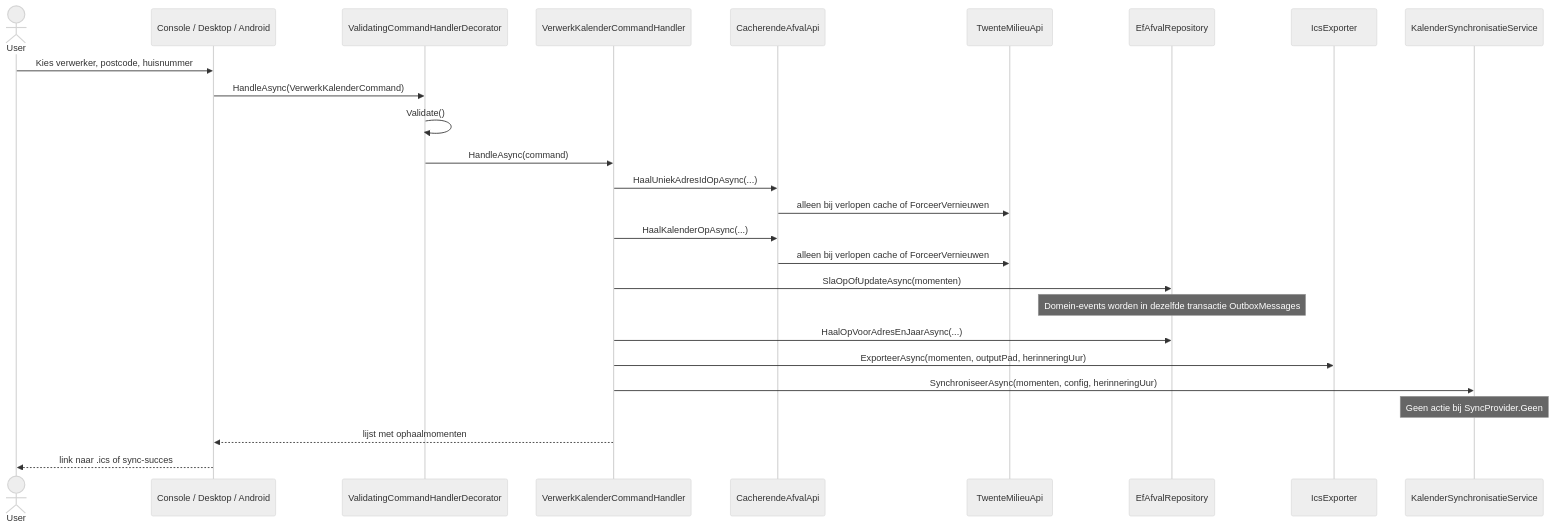
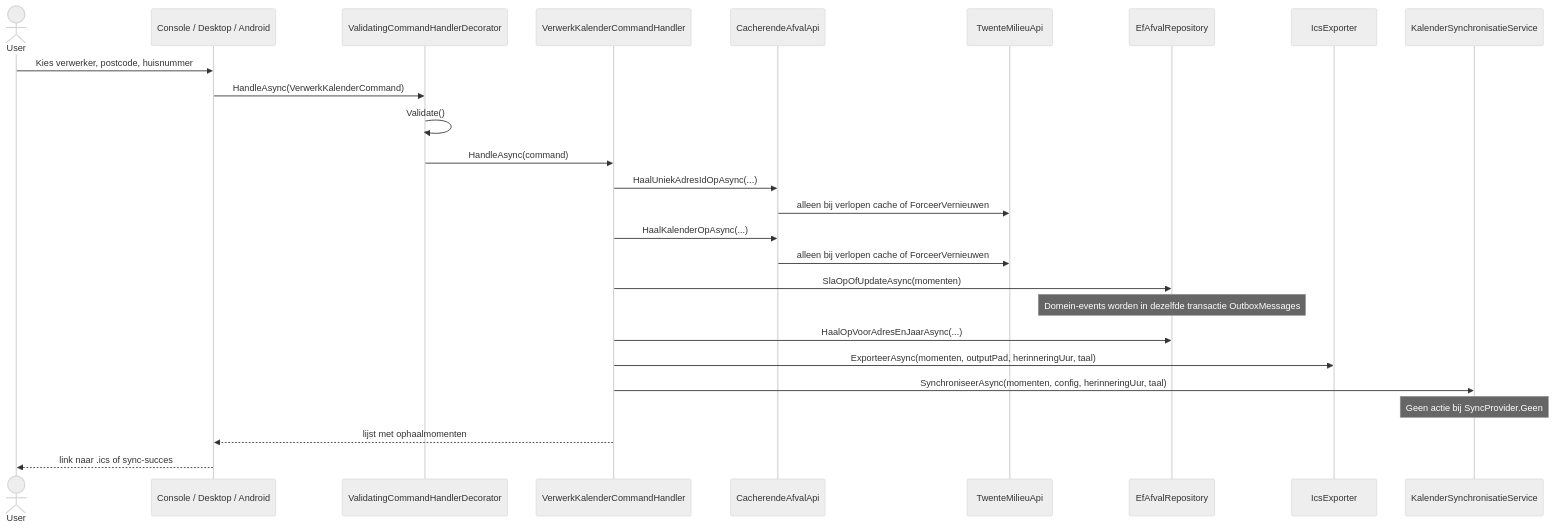
The third of 3 diagrams in README.md (marvinstorage/AfvalKalender), drawn with Mermaid (neutral theme) before and after one commit. The commit also changed other lines of this file and 46 other files, not shown here.

First line of the commit message:
feat: language-selectable ICS output (Dutch/English) (#22)

````diff
--- a/README.md
+++ b/README.md
@@ -177,29 +178,29 @@
 ```mermaid
 sequenceDiagram
     actor User
     participant UI as Console / Desktop / Android
     participant Val as ValidatingCommandHandlerDecorator
     participant App as VerwerkKalenderCommandHandler
     participant Cache as CacherendeAfvalApi
     participant API as TwenteMilieuApi
     participant DB as EfAfvalRepository
     participant ICS as IcsExporter
     participant Sync as KalenderSynchronisatieService
 
     User->>UI: Kies verwerker, postcode, huisnummer
     UI->>Val: HandleAsync(VerwerkKalenderCommand)
     Val->>Val: Validate()
     Val->>App: HandleAsync(command)
     App->>Cache: HaalUniekAdresIdOpAsync(...)
     Cache->>API: alleen bij verlopen cache of ForceerVernieuwen
     App->>Cache: HaalKalenderOpAsync(...)
     Cache->>API: alleen bij verlopen cache of ForceerVernieuwen
     App->>DB: SlaOpOfUpdateAsync(momenten)
     Note over DB: Domein-events worden in dezelfde transactie OutboxMessages
     App->>DB: HaalOpVoorAdresEnJaarAsync(...)
-    App->>ICS: ExporteerAsync(momenten, outputPad, herinneringUur)
-    App->>Sync: SynchroniseerAsync(momenten, config, herinneringUur)
+    App->>ICS: ExporteerAsync(momenten, outputPad, herinneringUur, taal)
+    App->>Sync: SynchroniseerAsync(momenten, config, herinneringUur, taal)
     Note over Sync: Geen actie bij SyncProvider.Geen
     App-->>UI: lijst met ophaalmomenten
     UI-->>User: link naar .ics of sync-succes
 ```
````
